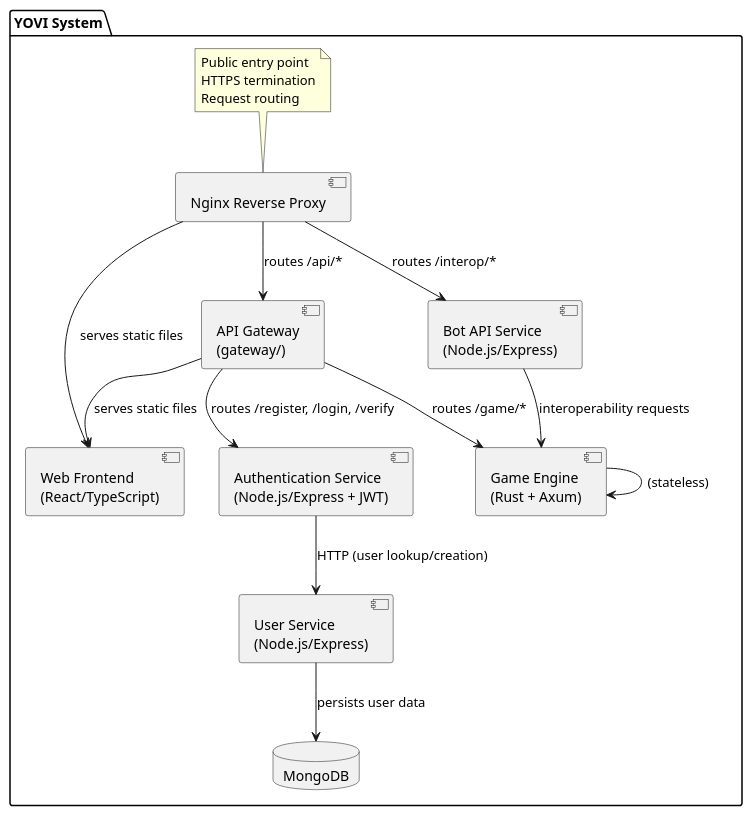
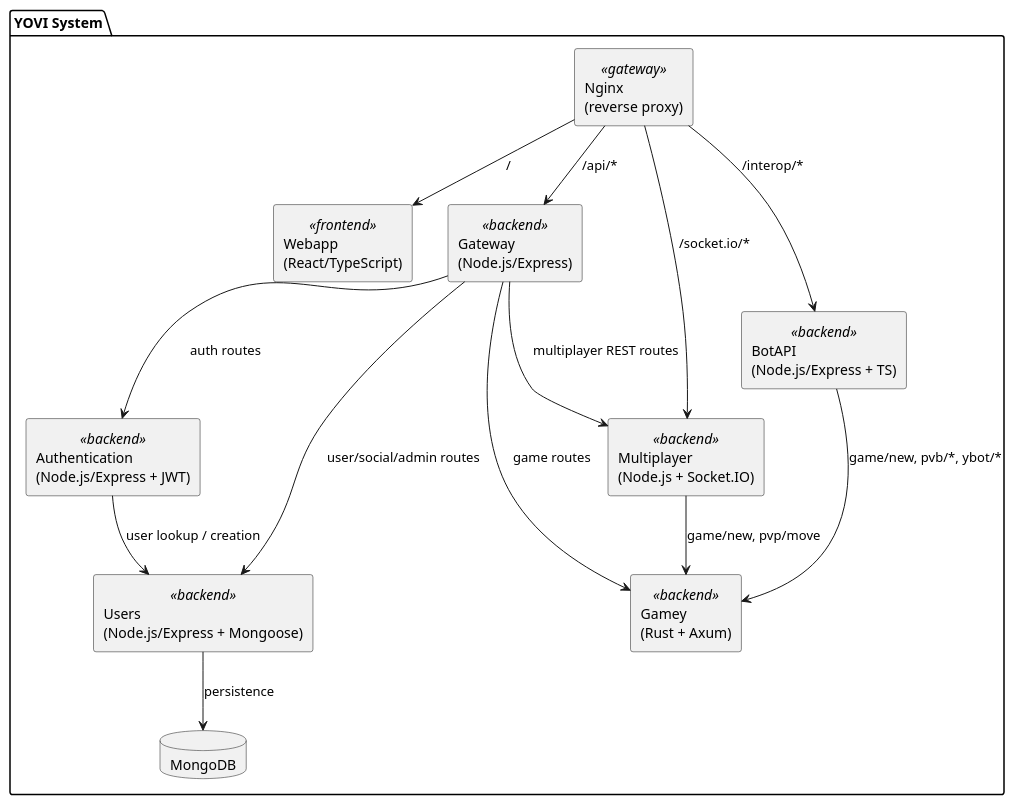
One commit to Arquisoft/yovi_en2c changed the diagram in docs/src/04_solution_strategy.adoc. Above: the diagram before and after it, drawn with PlantUML. The commit also changed other lines of this file, not shown here.

```diff
--- a/docs/src/04_solution_strategy.adoc
+++ b/docs/src/04_solution_strategy.adoc
@@ -49,43 +109,35 @@
 [plantuml,"Service Decomposition",png]
 ----
 @startuml
+skinparam componentStyle rectangle
+
 package "YOVI System" {
 
-  component "API Gateway\n(gateway/)" as Gateway
-
-  component "Web Frontend\n(React/TypeScript)" as Webapp
-
-  component "Authentication Service\n(Node.js/Express + JWT)" as Auth
-
-  component "Nginx Reverse Proxy" as Nginx
-  component "Bot API Service\n(Node.js/Express)" as BotAPI
-
-  component "User Service\n(Node.js/Express)" as Users
-
-  component "Game Engine\n(Rust + Axum)" as Gamey
-
+  component "Nginx\n(reverse proxy)" as Nginx <<gateway>>
+  component "Webapp\n(React/TypeScript)" as Webapp <<frontend>>
+  component "Gateway\n(Node.js/Express)" as Gateway <<backend>>
+  component "Authentication\n(Node.js/Express + JWT)" as Auth <<backend>>
+  component "Users\n(Node.js/Express + Mongoose)" as Users <<backend>>
+  component "Gamey\n(Rust + Axum)" as Gamey <<backend>>
+  component "Multiplayer\n(Node.js + Socket.IO)" as Multi <<backend>>
+  component "BotAPI\n(Node.js/Express + TS)" as BotAPI <<backend>>
   database "MongoDB" as DB
 
-  Nginx --> Webapp : serves static files
-  Nginx --> Gateway : routes /api/*
-  Nginx --> BotAPI : routes /interop/*
+  Nginx --> Webapp : "/"
+  Nginx --> Gateway : "/api/*"
+  Nginx --> Multi : "/socket.io/*"
+  Nginx --> BotAPI : "/interop/*"
 
-  Gateway --> Webapp : serves static files
-  Gateway --> Auth : routes /register, /login, /verify
-  Gateway --> Gamey : routes /game/*
+  Gateway --> Auth : "auth routes"
+  Gateway --> Users : "user/social/admin routes"
+  Gateway --> Gamey : "game routes"
+  Gateway --> Multi : "multiplayer REST routes"
 
-  BotAPI --> Gamey : interoperability requests
-  
-  Auth --> Users : HTTP (user lookup/creation)
-  Users --> DB : persists user data
-  Gamey --> Gamey : (stateless)
+  Auth --> Users : "user lookup / creation"
+  Users --> DB : "persistence"
 
-  note top of Nginx
-    Public entry point
-    HTTPS termination
-    Request routing
-  end note
-
+  Multi --> Gamey : "game/new, pvp/move"
+  BotAPI --> Gamey : "game/new, pvb/*, ybot/*"
 }
 @enduml
 ----
```
